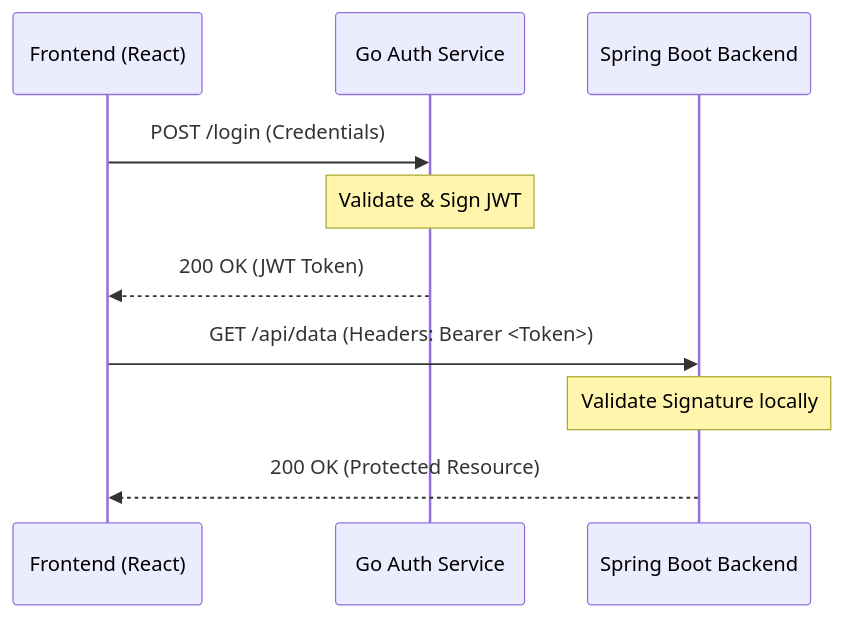
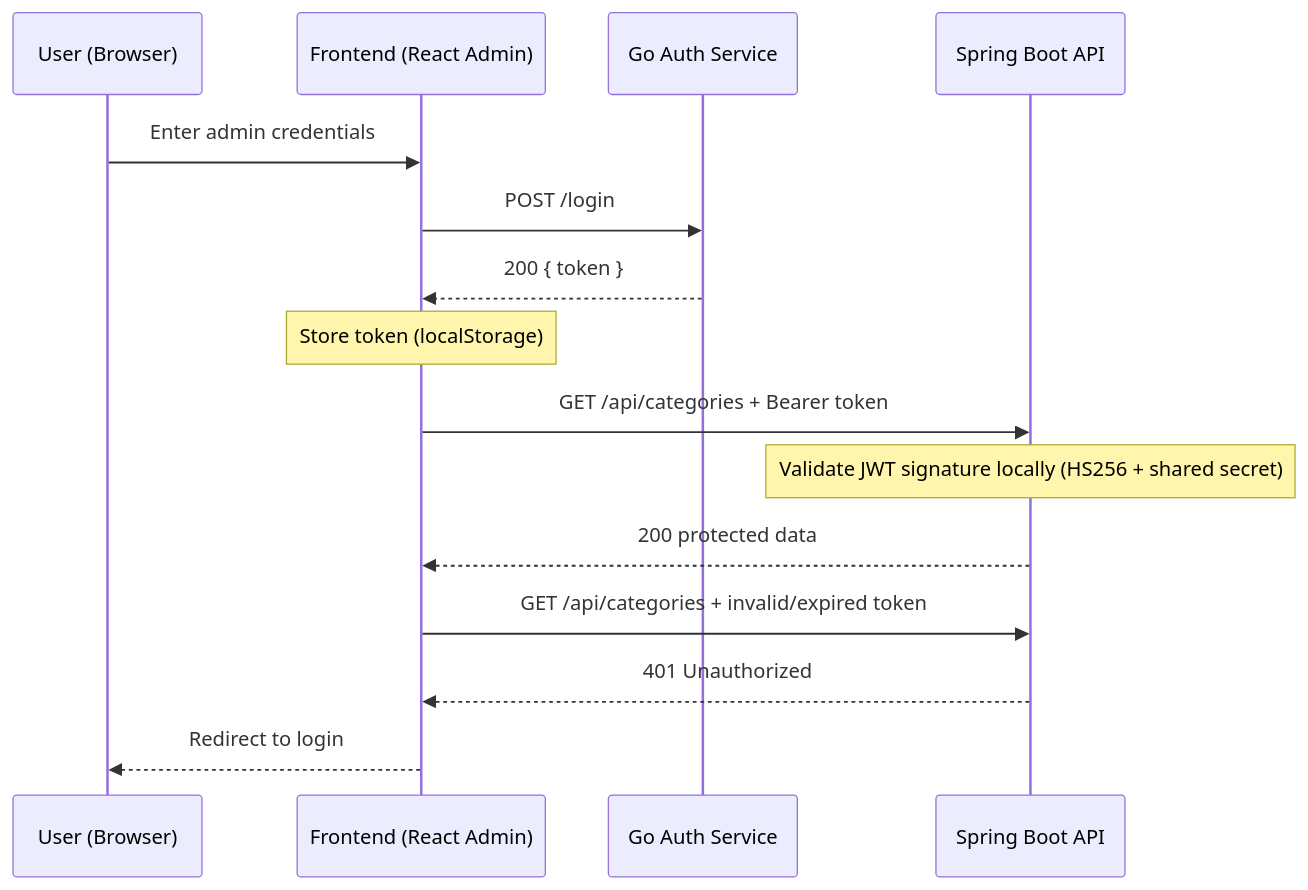
The diagram in README.md (alicengalice/go-auth-service), drawn with Mermaid before and after one commit. The commit also changed other lines of this file, not shown here.

Commit message:
Improve README file

````diff
--- a/README.md
+++ b/README.md
@@ -57,14 +57,21 @@
 ```mermaid
 sequenceDiagram
-    participant FE as Frontend (React)
+    participant U as User (Browser)
+    participant FE as Frontend (React Admin)
     participant GO as Go Auth Service
-    participant SB as Spring Boot Backend
+    participant SB as Spring Boot API
 
-    FE->>GO: POST /login (Credentials)
-    Note over GO: Validate & Sign JWT
-    GO-->>FE: 200 OK (JWT Token)
-    
-    FE->>SB: GET /api/data (Headers: Bearer <Token>)
-    Note over SB: Validate Signature locally
-    SB-->>FE: 200 OK (Protected Resource)
+    U->>FE: Enter admin credentials
+    FE->>GO: POST /login
+    GO-->>FE: 200 { token }
+
+    Note over FE: Store token (localStorage)
+
+    FE->>SB: GET /api/categories + Bearer token
+    Note over SB: Validate JWT signature locally (HS256 + shared secret)
+    SB-->>FE: 200 protected data
+
+    FE->>SB: GET /api/categories + invalid/expired token
+    SB-->>FE: 401 Unauthorized
+    FE-->>U: Redirect to login
 ```
````
